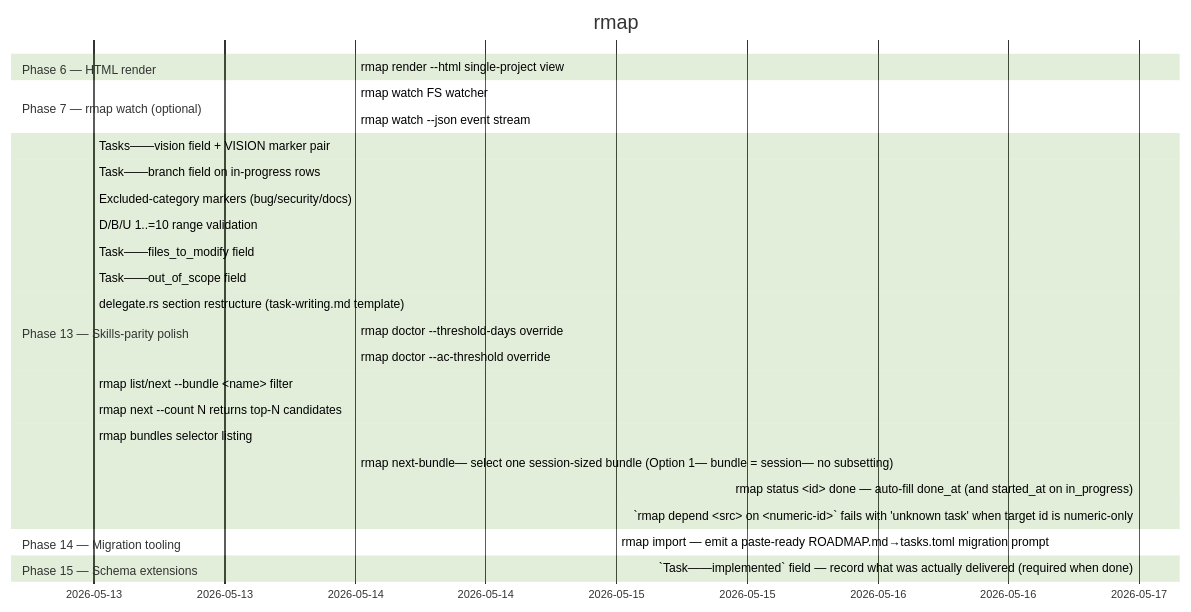
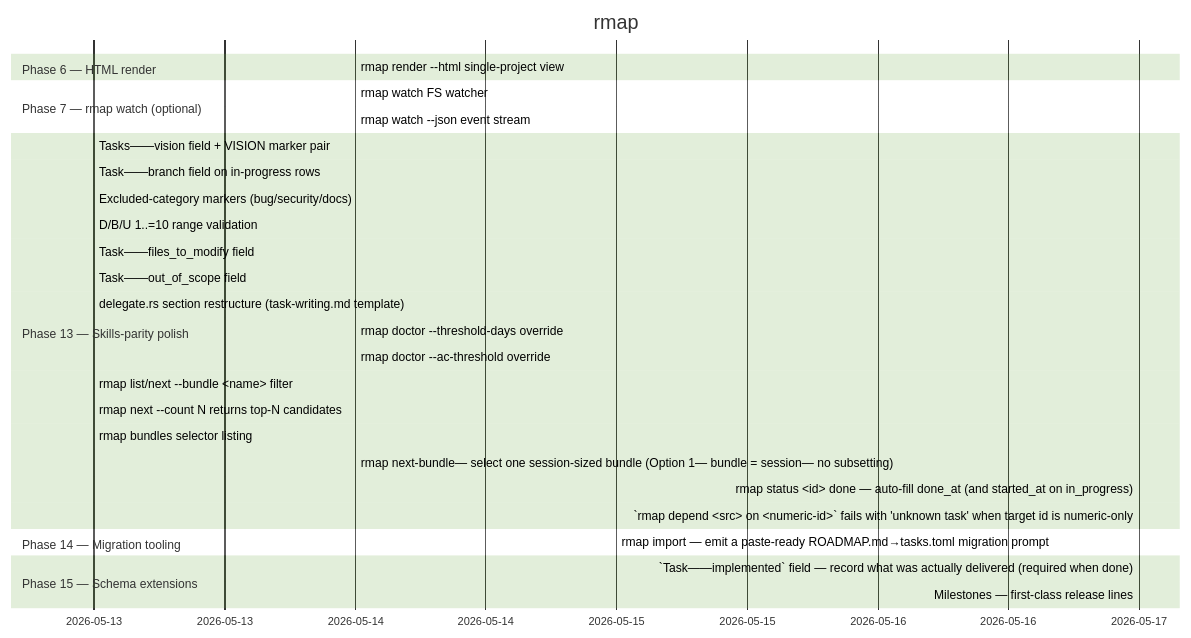
The diagram in ROADMAP.md (ZenHive/rmap), drawn with Mermaid (forest theme) before and after one commit. The commit also changed 29 other files, not shown here.

Commit message:
phase 15 task 24: milestones — first-class release lines (schema_milestones bundle)

````diff
--- a/ROADMAP.md
+++ b/ROADMAP.md
@@ -14,30 +14,31 @@
 ```mermaid
 gantt
     title rmap
     dateFormat YYYY-MM-DD
     section Phase 6 — HTML render
     rmap render --html single-project view :done, 2026-05-14, 2026-05-14
     section Phase 7 — rmap watch (optional)
     rmap watch FS watcher :done, 2026-05-14, 2026-05-14
     rmap watch --json event stream :done, 2026-05-14, 2026-05-14
     section Phase 13 — Skills-parity polish
     Tasks——vision field + VISION marker pair :done, 2026-05-13, 2026-05-13
     Task——branch field on in-progress rows :done, 2026-05-13, 2026-05-13
     Excluded-category markers (bug/security/docs) :done, 2026-05-13, 2026-05-13
     D/B/U 1..=10 range validation :done, 2026-05-13, 2026-05-13
     Task——files_to_modify field :done, 2026-05-13, 2026-05-13
     Task——out_of_scope field :done, 2026-05-13, 2026-05-13
     delegate.rs section restructure (task-writing.md template) :done, 2026-05-13, 2026-05-13
     rmap doctor --threshold-days override :done, 2026-05-14, 2026-05-14
     rmap doctor --ac-threshold override :done, 2026-05-14, 2026-05-14
     rmap list/next --bundle <name> filter :done, 2026-05-13, 2026-05-13
     rmap next --count N returns top-N candidates :done, 2026-05-13, 2026-05-13
     rmap bundles selector listing :done, 2026-05-13, 2026-05-13
     rmap next-bundle— select one session-sized bundle (Option 1— bundle = session— no subsetting) :done, 2026-05-14, 2026-05-14
     rmap status <id> done — auto-fill done_at (and started_at on in_progress) :done, 2026-05-17, 2026-05-17
     `rmap depend <src> on <numeric-id>` fails with 'unknown task' when target id is numeric-only :done, 2026-05-17, 2026-05-17
     section Phase 14 — Migration tooling
     rmap import — emit a paste-ready ROADMAP.md→tasks.toml migration prompt :done, 2026-05-15, 2026-05-15
     section Phase 15 — Schema extensions
     `Task——implemented` field — record what was actually delivered (required when done) :done, 2026-05-17, 2026-05-17
+    Milestones — first-class release lines :done, 2026-05-17, 2026-05-17
 ```
````
